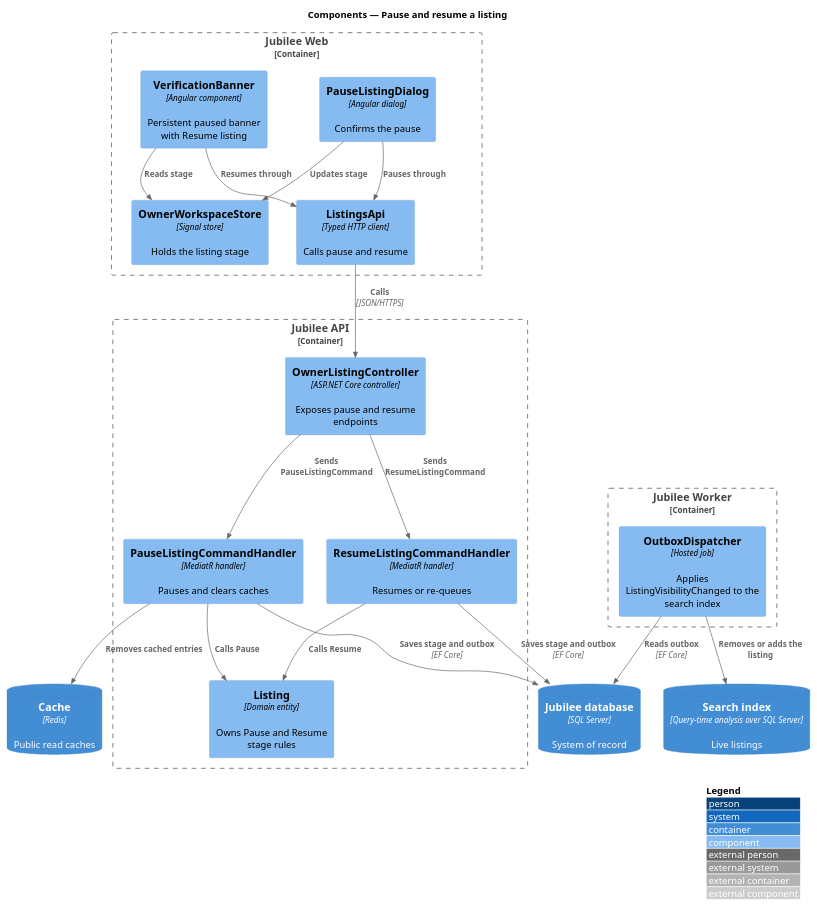
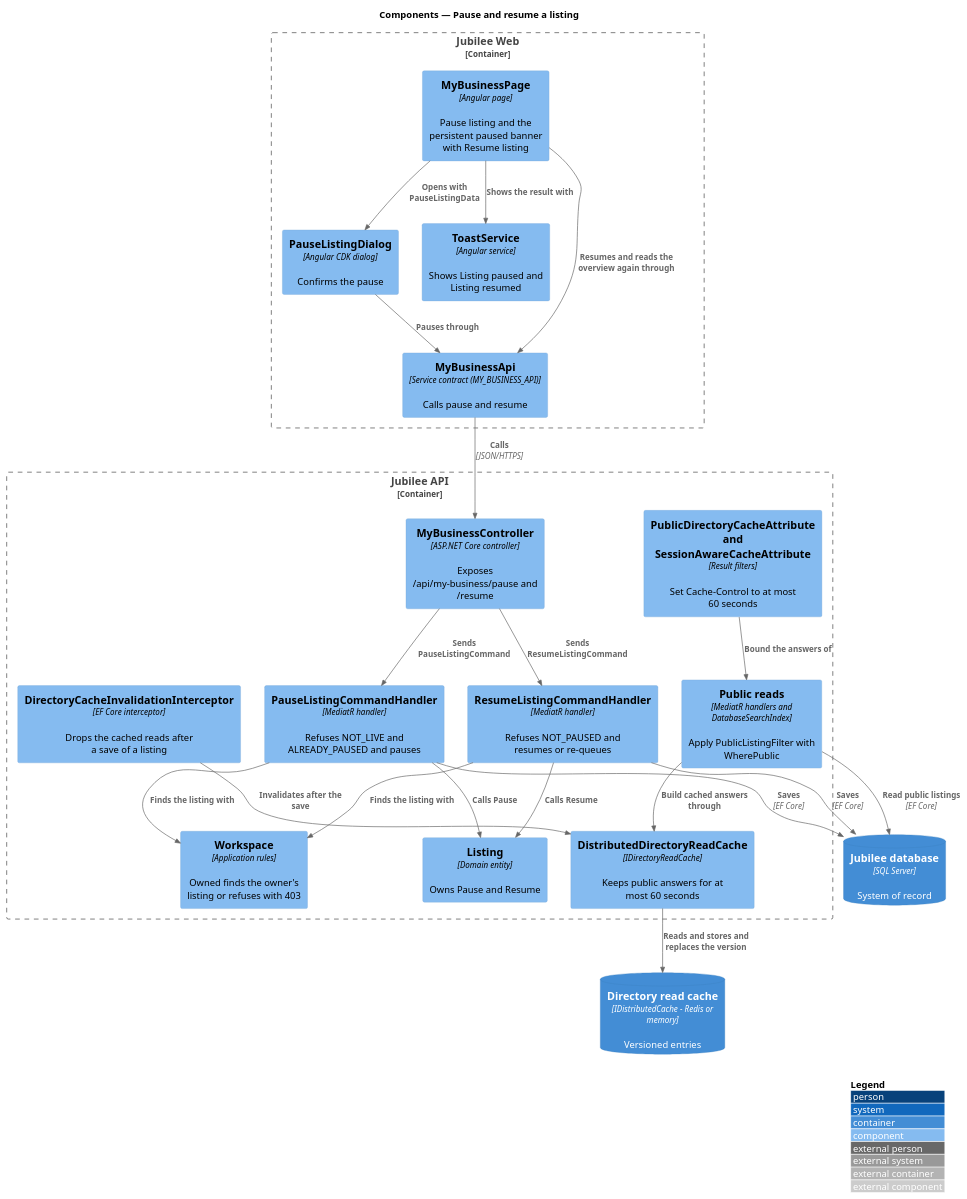
The diagram in docs/detailed-designs/owner-workspace/pause-listing/diagrams/c4-component.puml (QuinntyneBrown/jubilee), drawn with PlantUML before and after one commit. The commit also changed 43 other files, not shown here.

```diff
--- a/docs/detailed-designs/owner-workspace/pause-listing/diagrams/c4-component.puml
+++ b/docs/detailed-designs/owner-workspace/pause-listing/diagrams/c4-component.puml
@@ -1,39 +1,44 @@
 @startuml
 !include <C4/C4_Component>
 LAYOUT_WITH_LEGEND()
 title Components — Pause and resume a listing
 
 Container_Boundary(web, "Jubilee Web") {
-  Component(dialog, "PauseListingDialog", "Angular dialog", "Confirms the pause")
-  Component(banner, "VerificationBanner", "Angular component", "Persistent paused banner with Resume listing")
-  Component(store, "OwnerWorkspaceStore", "Signal store", "Holds the listing stage")
-  Component(client, "ListingsApi", "Typed HTTP client", "Calls pause and resume")
+  Component(page, "MyBusinessPage", "Angular page", "Pause listing and the persistent paused banner with Resume listing")
+  Component(dialog, "PauseListingDialog", "Angular CDK dialog", "Confirms the pause")
+  Component(toast, "ToastService", "Angular service", "Shows Listing paused and Listing resumed")
+  Component(client, "MyBusinessApi", "Service contract (MY_BUSINESS_API)", "Calls pause and resume")
 }
 Container_Boundary(api, "Jubilee API") {
-  Component(ctrl, "OwnerListingController", "ASP.NET Core controller", "Exposes pause and resume endpoints")
-  Component(pause, "PauseListingCommandHandler", "MediatR handler", "Pauses and clears caches")
-  Component(resume, "ResumeListingCommandHandler", "MediatR handler", "Resumes or re-queues")
-  Component(listing, "Listing", "Domain entity", "Owns Pause and Resume stage rules")
-}
-Container_Boundary(worker, "Jubilee Worker") {
-  Component(outbox, "OutboxDispatcher", "Hosted job", "Applies ListingVisibilityChanged to the search index")
+  Component(ctrl, "MyBusinessController", "ASP.NET Core controller", "Exposes /api/my-business/pause and /resume")
+  Component(rules, "Workspace", "Application rules", "Owned finds the owner's listing or refuses with 403")
+  Component(pause, "PauseListingCommandHandler", "MediatR handler", "Refuses NOT_LIVE and ALREADY_PAUSED and pauses")
+  Component(resume, "ResumeListingCommandHandler", "MediatR handler", "Refuses NOT_PAUSED and resumes or re-queues")
+  Component(listing, "Listing", "Domain entity", "Owns Pause and Resume")
+  Component(interceptor, "DirectoryCacheInvalidationInterceptor", "EF Core interceptor", "Drops the cached reads after a save of a listing")
+  Component(readcache, "DistributedDirectoryReadCache", "IDirectoryReadCache", "Keeps public answers for at most 60 seconds")
+  Component(reads, "Public reads", "MediatR handlers and DatabaseSearchIndex", "Apply PublicListingFilter with WherePublic")
+  Component(filters, "PublicDirectoryCacheAttribute and SessionAwareCacheAttribute", "Result filters", "Set Cache-Control to at most 60 seconds")
 }
 ContainerDb(db, "Jubilee database", "SQL Server", "System of record")
-ContainerDb(cache, "Cache", "Redis", "Public read caches")
-ContainerDb(search, "Search index", "Query-time analysis over SQL Server", "Live listings")
+ContainerDb(cache, "Directory read cache", "IDistributedCache - Redis or memory", "Versioned entries")
 
+Rel(page, dialog, "Opens with PauseListingData")
 Rel(dialog, client, "Pauses through")
-Rel(banner, client, "Resumes through")
-Rel(dialog, store, "Updates stage")
-Rel(banner, store, "Reads stage")
+Rel(page, client, "Resumes and reads the overview again through")
+Rel(page, toast, "Shows the result with")
 Rel(client, ctrl, "Calls", "JSON/HTTPS")
 Rel(ctrl, pause, "Sends PauseListingCommand")
 Rel(ctrl, resume, "Sends ResumeListingCommand")
+Rel(pause, rules, "Finds the listing with")
+Rel(resume, rules, "Finds the listing with")
 Rel(pause, listing, "Calls Pause")
 Rel(resume, listing, "Calls Resume")
-Rel(pause, db, "Saves stage and outbox", "EF Core")
-Rel(resume, db, "Saves stage and outbox", "EF Core")
-Rel(pause, cache, "Removes cached entries")
-Rel(outbox, db, "Reads outbox", "EF Core")
-Rel(outbox, search, "Removes or adds the listing")
+Rel(pause, db, "Saves", "EF Core")
+Rel(resume, db, "Saves", "EF Core")
+Rel(interceptor, readcache, "Invalidates after the save")
+Rel(readcache, cache, "Reads and stores and replaces the version")
+Rel(reads, readcache, "Build cached answers through")
+Rel(reads, db, "Read public listings", "EF Core")
+Rel(filters, reads, "Bound the answers of")
 @enduml
```
